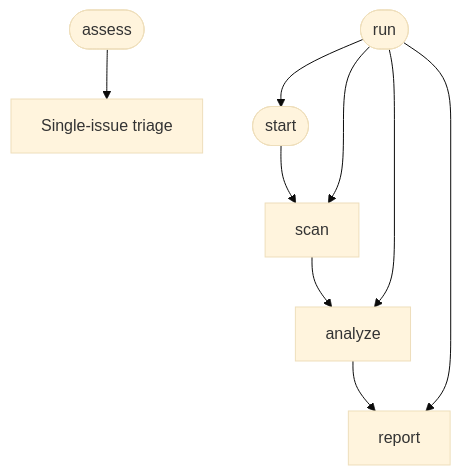
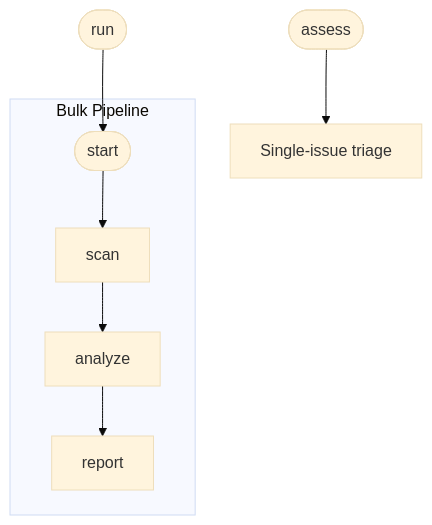
One commit to flightctl/ai-workflows changed the diagram in triage/README.md. Above: the diagram before and after it, drawn with Mermaid (base theme).

Commit message:
docs: improve triage phase-flow diagram with subgraph

````diff
--- a/triage/README.md
+++ b/triage/README.md
@@ -7,11 +7,10 @@
 ```mermaid
 graph TD
-    start([start]) --> scan
-    scan --> analyze
-    analyze --> report
     run([run]) --> start
-    run --> scan
-    run --> analyze
-    run --> report
+    subgraph Bulk Pipeline
+        start([start]) --> scan
+        scan --> analyze
+        analyze --> report
+    end
     assess([assess]) --> single[Single-issue triage]
 ```
````
